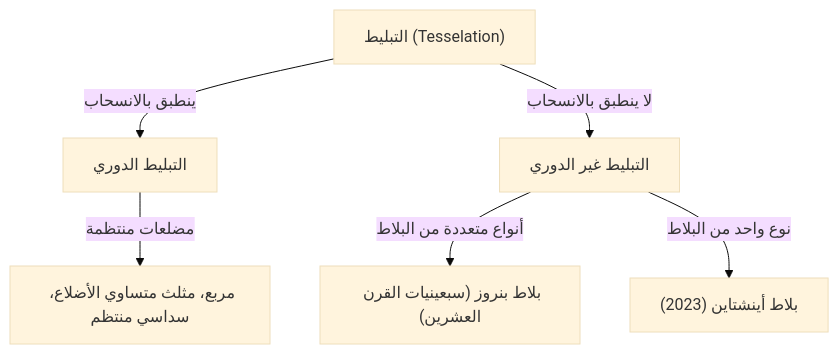
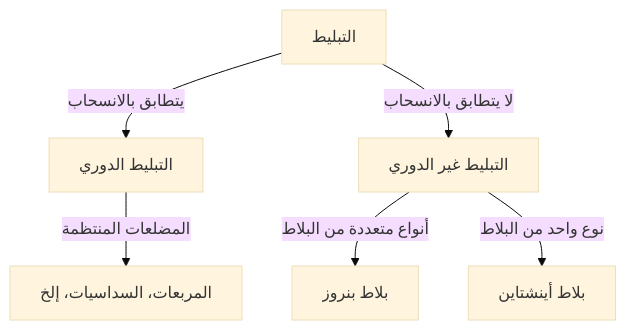
The diagram in content/post/aperiodic-tiling-problem/index.ar.md (kenjinote/blog), drawn with Mermaid (base theme) before and after one commit. The commit also changed other lines of this file and 129 other files, not shown here.

````diff
--- a/content/post/aperiodic-tiling-problem/index.ar.md
+++ b/content/post/aperiodic-tiling-problem/index.ar.md
@@ -23,9 +17,8 @@
 ```mermaid
 graph TD
-    A["التبليط (Tesselation)"]
-    A -- "ينطبق بالانسحاب" --> B["التبليط الدوري"]
-    A -- "لا ينطبق بالانسحاب" --> C["التبليط غير الدوري"]
-    B -- "مضلعات منتظمة" --> D["مربع، مثلث متساوي الأضلاع، سداسي منتظم"]
-    C -- "أنواع متعددة من البلاط" --> E["بلاط بنروز (سبعينيات القرن العشرين)"]
-    C -- "نوع واحد من البلاط" --> F["بلاط أينشتاين (2023)"]
+    A["التبليط"] -- "يتطابق بالانسحاب" --> B["التبليط الدوري"]
+    A -- "لا يتطابق بالانسحاب" --> C["التبليط غير الدوري"]
+    B -- "المضلعات المنتظمة" --> D["المربعات، السداسيات، إلخ"]
+    C -- "أنواع متعددة من البلاط" --> E["بلاط بنروز"]
+    C -- "نوع واحد من البلاط" --> F["بلاط أينشتاين"]
 ```
````
